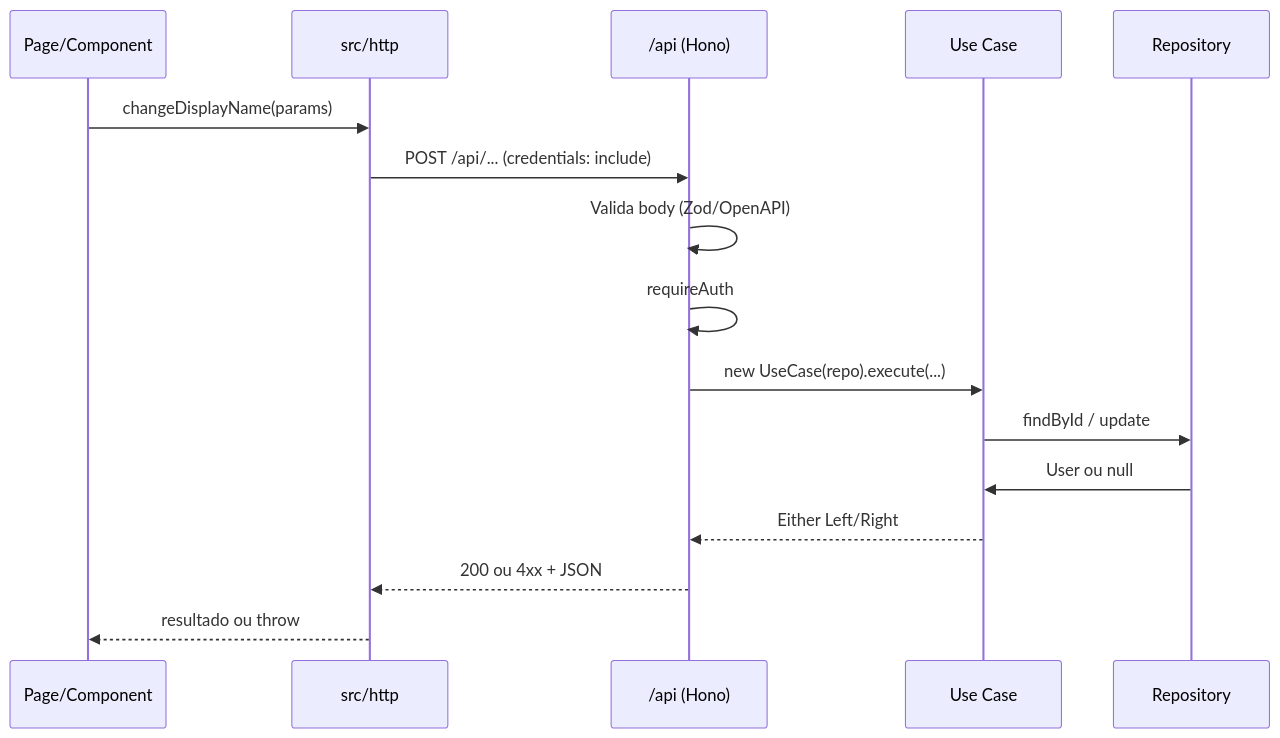
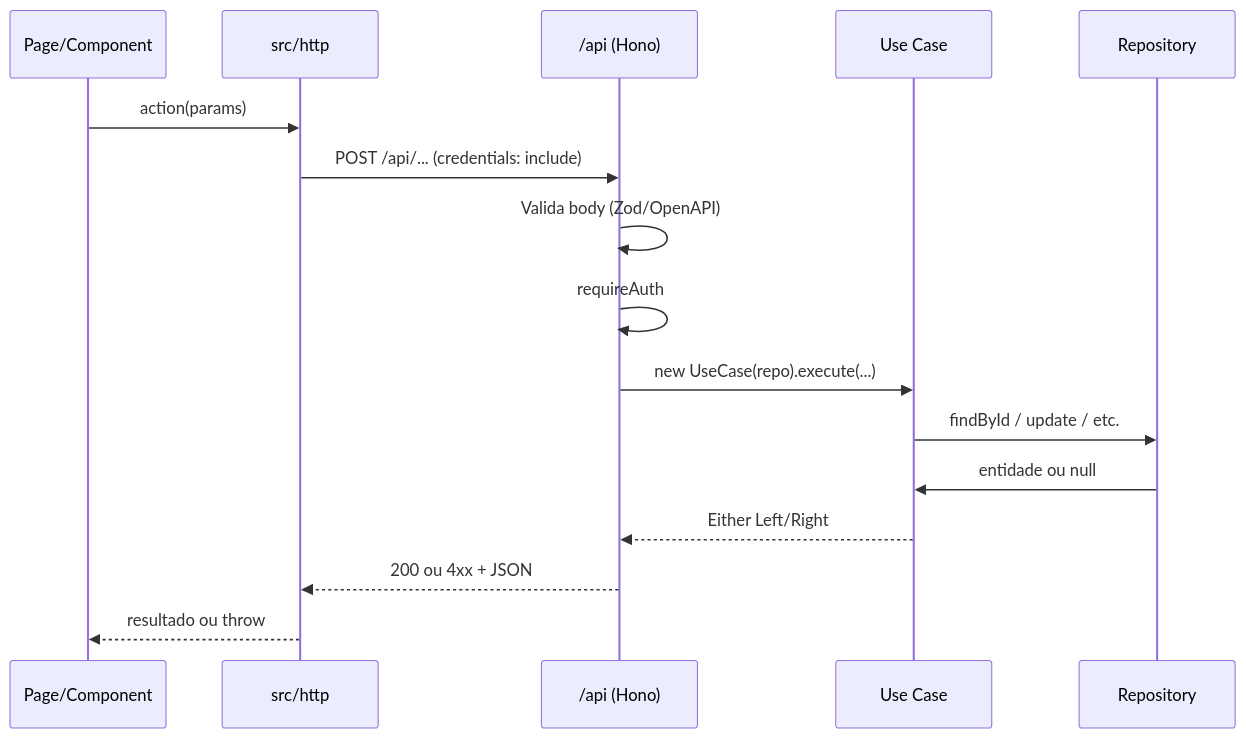
The second of 4 diagrams in README.md (pedroaba/financial), drawn with Mermaid before and after one commit. The commit also changed other lines of this file, not shown here.

````diff
--- a/README.md
+++ b/README.md
@@ -146,19 +116,19 @@
 ```mermaid
 sequenceDiagram
   participant Page as Page/Component
   participant Http as src/http
   participant API as /api (Hono)
   participant UseCase as Use Case
   participant Repo as Repository
 
-  Page->>Http: changeDisplayName(params)
+  Page->>Http: action(params)
   Http->>API: POST /api/... (credentials: include)
   API->>API: Valida body (Zod/OpenAPI)
   API->>API: requireAuth
   API->>UseCase: new UseCase(repo).execute(...)
-  UseCase->>Repo: findById / update
-  Repo->>UseCase: User ou null
+  UseCase->>Repo: findById / update / etc.
+  Repo->>UseCase: entidade ou null
   UseCase-->>API: Either Left/Right
   API-->>Http: 200 ou 4xx + JSON
   Http-->>Page: resultado ou throw
 ```
````
